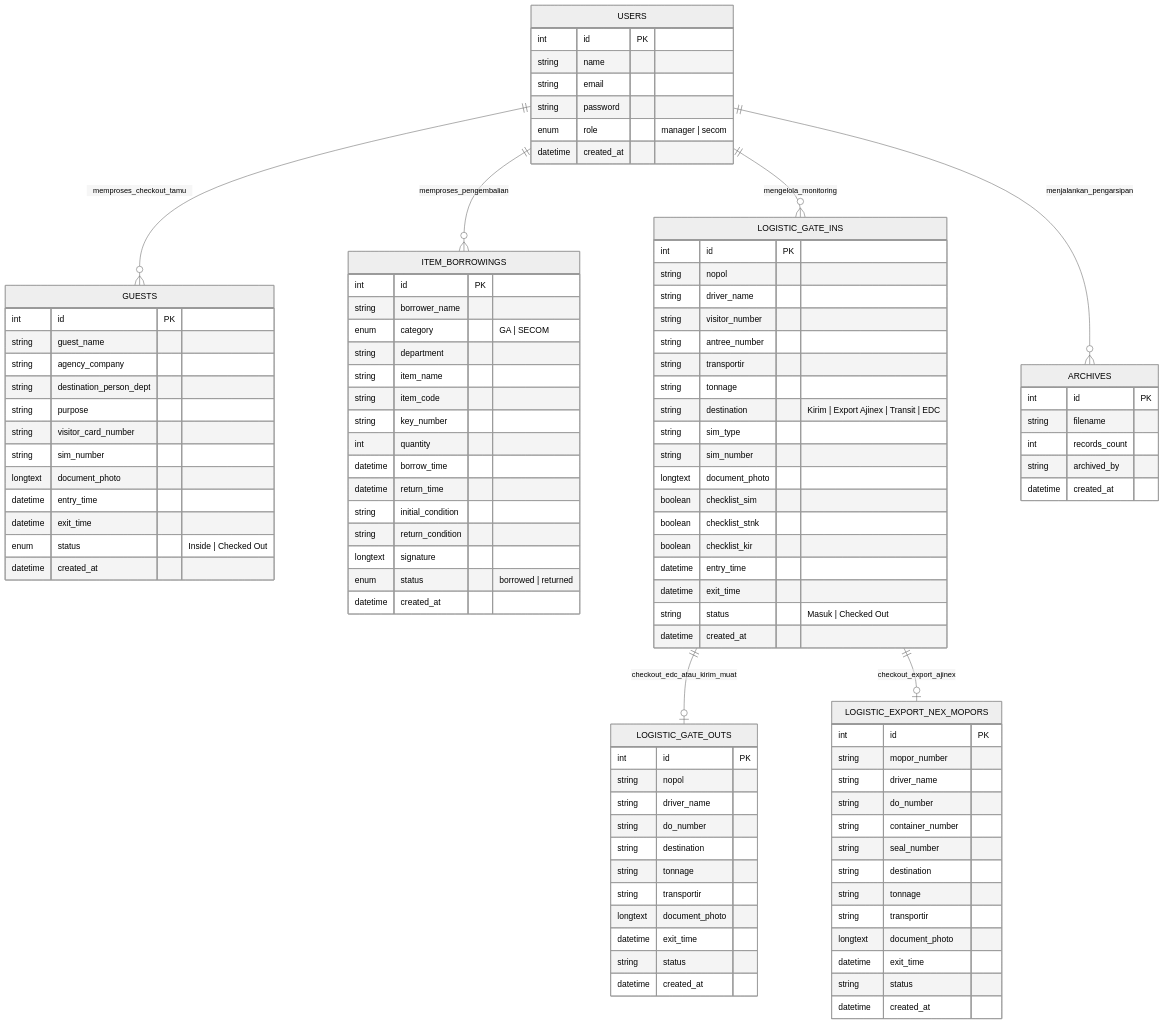
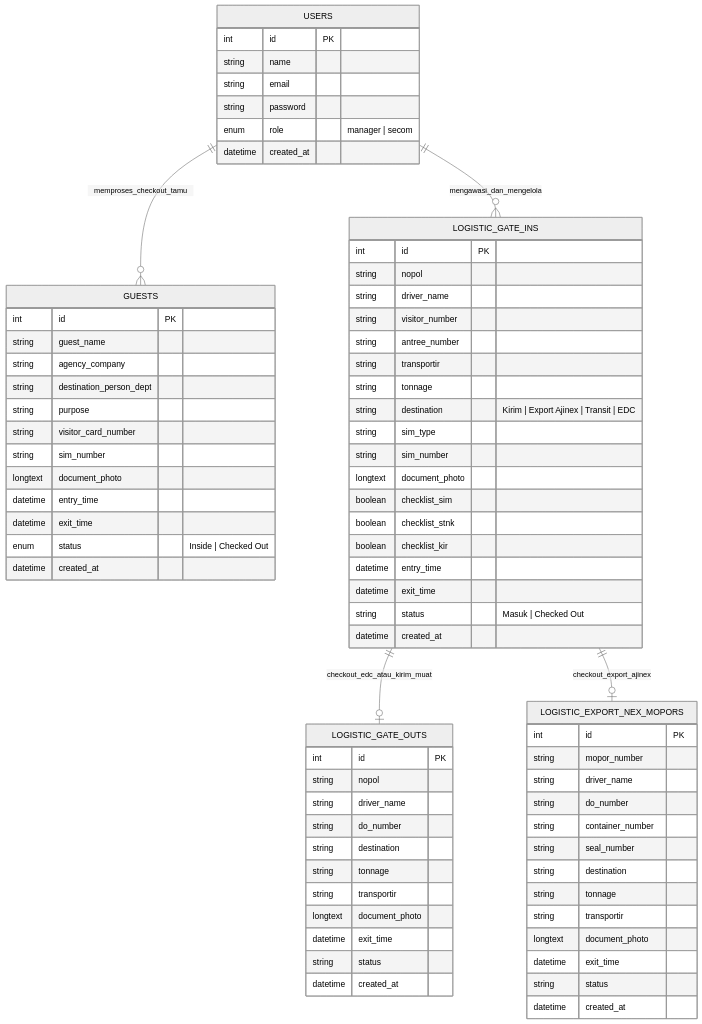
The first of 2 diagrams in ERD.md (darulgusti/Management-GA), drawn with Mermaid (neutral theme) before and after one commit. The commit also changed other lines of this file, not shown here.

Commit message:
docs: memisahkan ERD menjadi 2 diagram modul (Pos 4/Logistik & Inventaris/Pengarsipan)

```diff
--- a/ERD.md
+++ b/ERD.md
@@ -29,24 +31,6 @@
         datetime entry_time
         datetime exit_time
         enum status "Inside | Checked Out"
-        datetime created_at
-    }
-
-    ITEM_BORROWINGS {
-        int id PK
-        string borrower_name
-        enum category "GA | SECOM"
-        string department
-        string item_name
-        string item_code
-        string key_number
-        int quantity
-        datetime borrow_time
-        datetime return_time
-        string initial_condition
-        string return_condition
-        longtext signature
-        enum status "borrowed | returned"
         datetime created_at
     }
 
@@ -101,17 +85,7 @@
         datetime created_at
     }
 
-    ARCHIVES {
-        int id PK
-        string filename
-        int records_count
-        string archived_by
-        datetime created_at
-    }
-
-    USERS ||--o{ ARCHIVES : "menjalankan_pengarsipan"
-    USERS ||--o{ LOGISTIC_GATE_INS : "mengelola_monitoring"
-    USERS ||--o{ ITEM_BORROWINGS : "memproses_pengembalian"
+    USERS ||--o{ LOGISTIC_GATE_INS : "mengawasi_dan_mengelola"
     USERS ||--o{ GUESTS : "memproses_checkout_tamu"
     LOGISTIC_GATE_INS ||--o| LOGISTIC_GATE_OUTS : "checkout_edc_atau_kirim_muat"
     LOGISTIC_GATE_INS ||--o| LOGISTIC_EXPORT_NEX_MOPORS : "checkout_export_ajinex"
```
